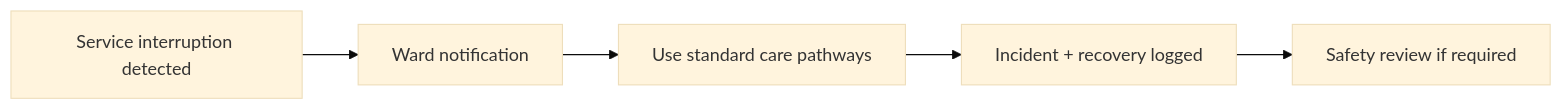
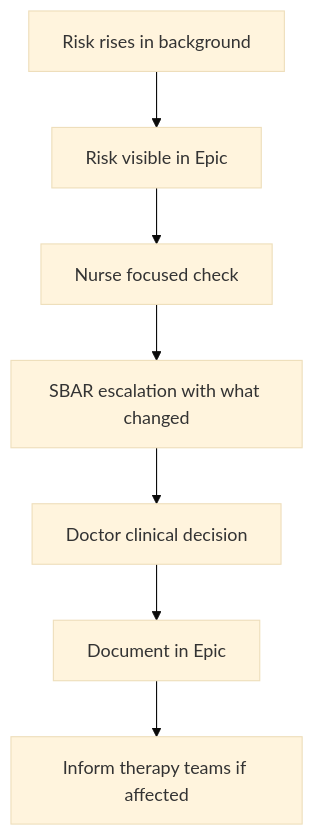
One commit to edavornyo-source/codex-test changed the third of 3 diagrams in RDUH_MEMORI_Clinical_Deployment_Protocol_Rewrite.md. Above: the diagram before and after it, drawn with Mermaid (base theme). The commit also changed other lines of this file, not shown here.

Commit message:
Revise RDUH protocol with spelling fixes and workflow diagrams

````diff
--- a/RDUH_MEMORI_Clinical_Deployment_Protocol_Rewrite.md
+++ b/RDUH_MEMORI_Clinical_Deployment_Protocol_Rewrite.md
@@ -257,7 +582,9 @@
 ```mermaid
-flowchart LR
-    X[Service interruption detected] --> Y[Ward notification]
-    Y --> Z[Use standard care pathways]
-    Z --> I[Incident + recovery logged]
-    I --> R[Safety review if required]
+flowchart TD
+    A[Risk rises in background] --> B[Risk visible in Epic]
+    B --> C[Nurse focused check]
+    C --> D[SBAR escalation with what changed]
+    D --> E[Doctor clinical decision]
+    E --> F[Document in Epic]
+    F --> G[Inform therapy teams if affected]
 ```
````
